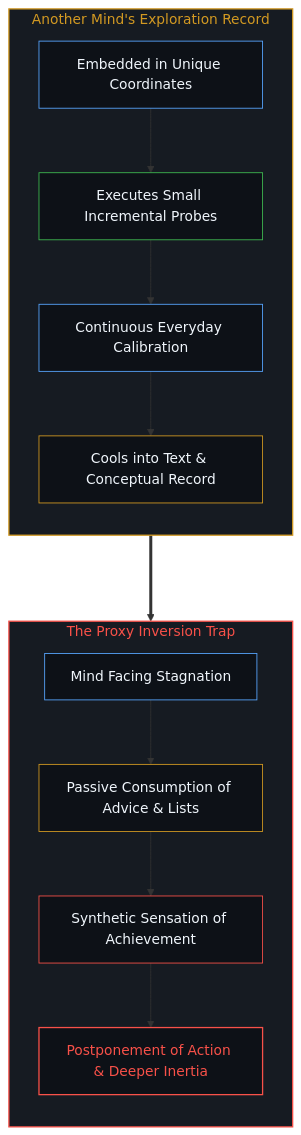
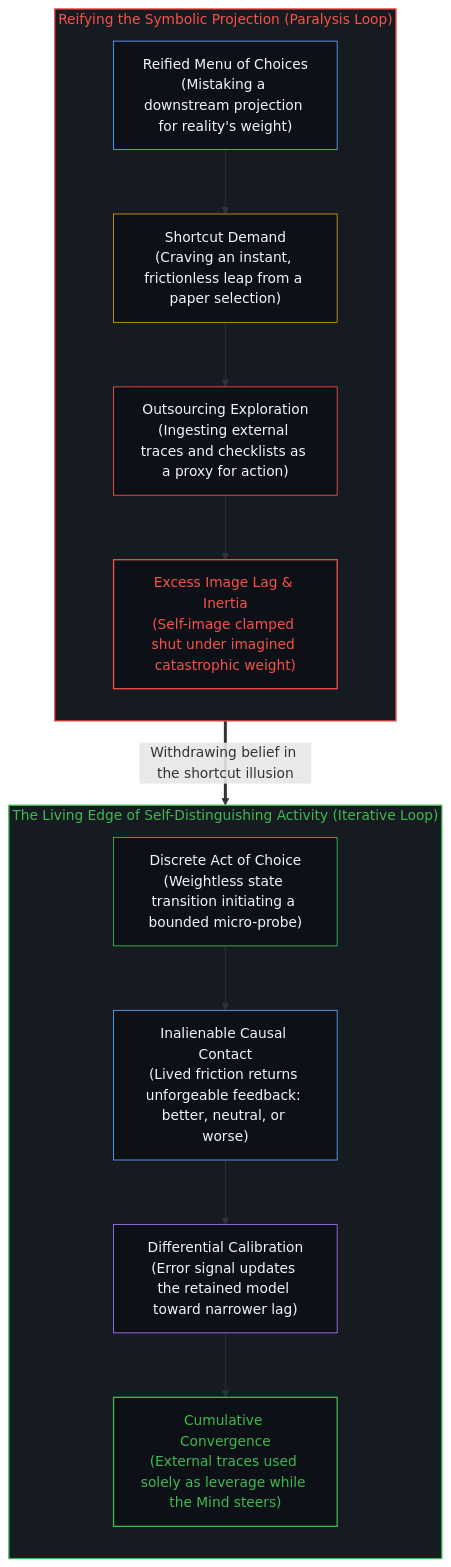
The second of 2 diagrams in content/posts/choice-itself-has-no-inherent-weight.md (powerpig99/not-a-toe), drawn with Mermaid before and after one commit. The commit also changed other lines of this file and 1 other file, not shown here.

Commit message:
Refine Post (Wave 3 L2 #98): choice-itself-has-no-inherent-weight

````diff
--- a/content/posts/choice-itself-has-no-inherent-weight.md
+++ b/content/posts/choice-itself-has-no-inherent-weight.md
@@ -49,29 +57,33 @@
 ```mermaid
-graph TD
-    subgraph S_Other_EN ["Another Mind's Exploration Record"]
+flowchart TD
+    subgraph S_Projection["Reifying the Symbolic Projection (Paralysis Loop)"]
         direction TB
-        OE_Context["Embedded in Unique Coordinates"] --> OE_Explore["Executes Small Incremental Probes"]
-        OE_Explore --> OE_Adjust["Continuous Everyday Calibration"]
-        OE_Adjust --> OE_Trace["Cools into Text & Conceptual Record"]
+        P_Menu["Reified Menu of Choices<br/>(Mistaking a downstream projection for reality's weight)"]
+        P_Demand["Shortcut Demand<br/>(Craving an instant, frictionless leap from a paper selection)"]
+        P_Outsource["Outsourcing Exploration<br/>(Ingesting external traces and checklists as a proxy for action)"]
+        P_Stall["Excess Image Lag & Inertia<br/>(Self-image clamped shut under imagined catastrophic weight)"]
+        P_Menu --> P_Demand --> P_Outsource --> P_Stall
     end
 
-    subgraph S_Inversion_EN ["The Proxy Inversion Trap"]
+    subgraph S_Edge["The Living Edge of Self-Distinguishing Activity (Iterative Loop)"]
         direction TB
-        IE_Seek["Mind Facing Stagnation"] --> IE_Consume["Passive Consumption of Advice & Lists"]
-        IE_Consume --> IE_Illusion["Synthetic Sensation of Achievement"]
-        IE_Illusion --> IE_Paralysis["Postponement of Action & Deeper Inertia"]
+        E_Act["Discrete Act of Choice<br/>(Weightless state transition initiating a bounded micro-probe)"]
+        E_Contact["Inalienable Causal Contact<br/>(Lived friction returns unforgeable feedback: better, neutral, or worse)"]
+        E_Gradient["Differential Calibration<br/>(Error signal updates the retained model toward narrower lag)"]
+        E_Converge["Cumulative Convergence<br/>(External traces used solely as leverage while the Mind steers)"]
+        E_Act --> E_Contact --> E_Gradient --> E_Converge
     end
 
-    OE_Trace ===> IE_Seek
+    P_Stall ==>|"Withdrawing belief in the shortcut illusion"| E_Act
 
-    style S_Other_EN fill:#161b22,stroke:#d29922,stroke-width:1.5px,color:#d29922
-    style S_Inversion_EN fill:#161b22,stroke:#f85149,stroke-width:1.5px,color:#f85149
-    style OE_Context fill:#0d1117,stroke:#58a6ff,stroke-width:1px,color:#f0f6fc
-    style OE_Explore fill:#0d1117,stroke:#3fb950,stroke-width:1px,color:#f0f6fc
-    style OE_Adjust fill:#0d1117,stroke:#58a6ff,stroke-width:1px,color:#f0f6fc
-    style OE_Trace fill:#0d1117,stroke:#d29922,stroke-width:1px,color:#f0f6fc
-    style IE_Seek fill:#0d1117,stroke:#58a6ff,stroke-width:1px,color:#f0f6fc
-    style IE_Consume fill:#0d1117,stroke:#d29922,stroke-width:1px,color:#f0f6fc
-    style IE_Illusion fill:#0d1117,stroke:#f85149,stroke-width:1px,color:#f0f6fc
-    style IE_Paralysis fill:#0d1117,stroke:#f85149,stroke-width:1.5px,color:#f85149
+    style S_Projection fill:#161b22,stroke:#f85149,stroke-width:1.5px,color:#f85149
+    style S_Edge fill:#161b22,stroke:#3fb950,stroke-width:1.5px,color:#3fb950
+    style P_Menu fill:#0d1117,stroke:#58a6ff,stroke-width:1px,color:#f0f6fc
+    style P_Demand fill:#0d1117,stroke:#d29922,stroke-width:1px,color:#f0f6fc
+    style P_Outsource fill:#0d1117,stroke:#f85149,stroke-width:1px,color:#f0f6fc
+    style P_Stall fill:#0d1117,stroke:#f85149,stroke-width:1.5px,color:#f85149
+    style E_Act fill:#0d1117,stroke:#3fb950,stroke-width:1px,color:#f0f6fc
+    style E_Contact fill:#0d1117,stroke:#58a6ff,stroke-width:1px,color:#f0f6fc
+    style E_Gradient fill:#0d1117,stroke:#a371f7,stroke-width:1px,color:#f0f6fc
+    style E_Converge fill:#0d1117,stroke:#3fb950,stroke-width:1.5px,color:#3fb950
 ```
````
